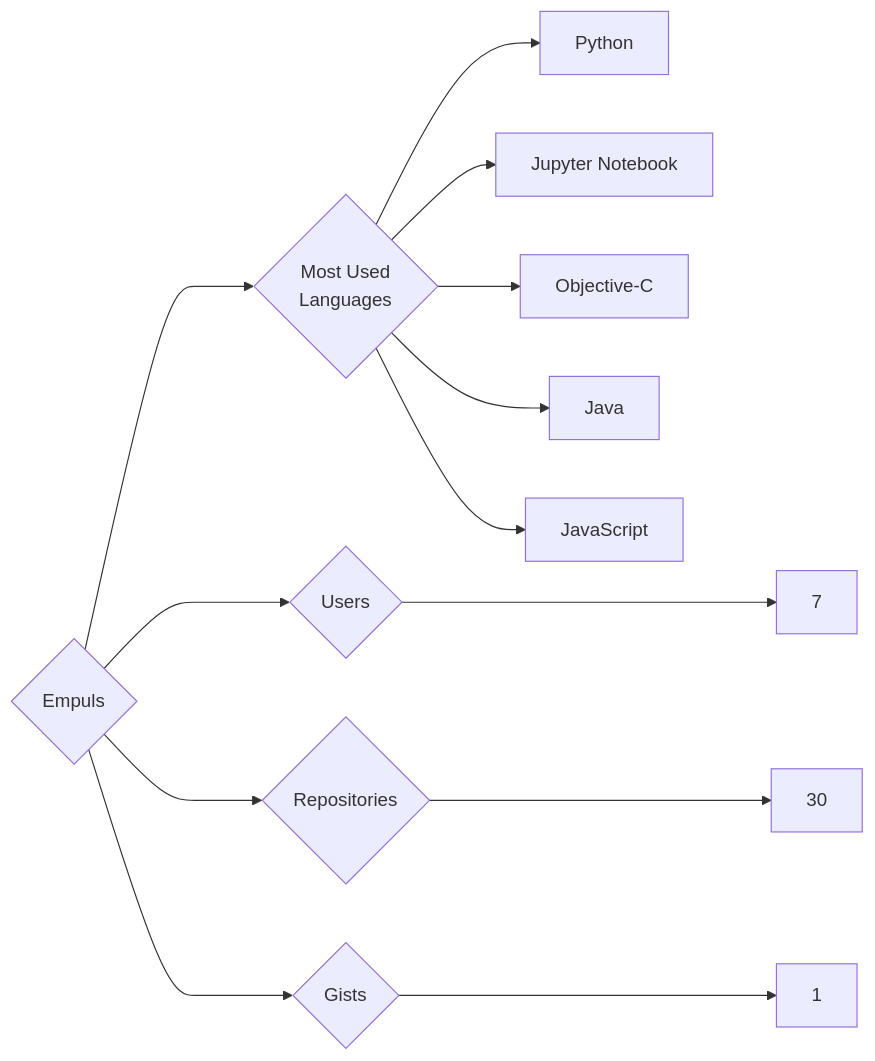
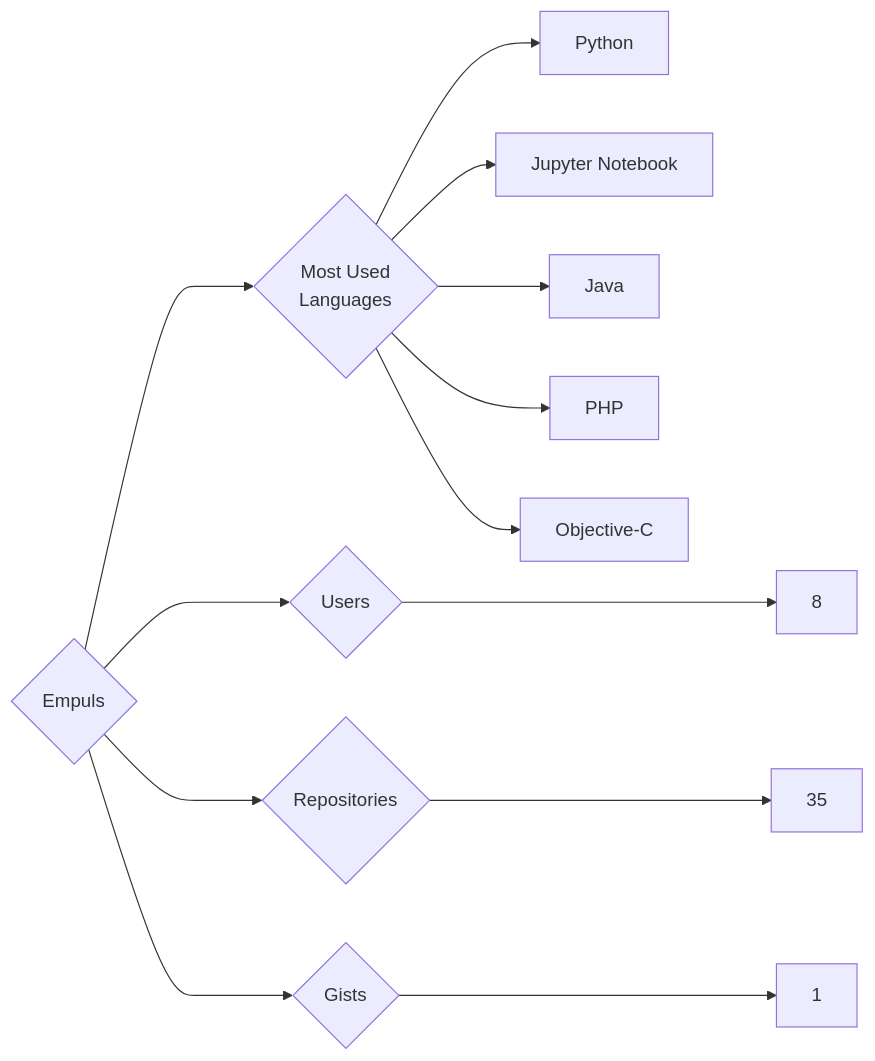
Before and after one commit to trickest/insiders: the diagram in targets/Empuls/README.md, drawn with Mermaid. The commit also changed 938 other files, not shown here.

````diff
--- a/targets/Empuls/README.md
+++ b/targets/Empuls/README.md
@@ -3,13 +3,13 @@
 ```mermaid
 graph LR
 COMPANY_NAME{Empuls}
-COMPANY_NAME ---> U{Users} ---> UN[7]
-COMPANY_NAME ---> R{Repositories} ---> RN[30]
+COMPANY_NAME ---> U{Users} ---> UN[8]
+COMPANY_NAME ---> R{Repositories} ---> RN[35]
 COMPANY_NAME ---> G{Gists} ---> GN[1]
 COMPANY_NAME ---> ML{Most Used<br>Languages}
 ML --> Python[Python]
 ML --> Jupyter_Notebook[Jupyter Notebook]
+ML --> Java[Java]
+ML --> PHP[PHP]
 ML --> Objective-C[Objective-C]
-ML --> Java[Java]
-ML --> JavaScript[JavaScript]
 ```
````
